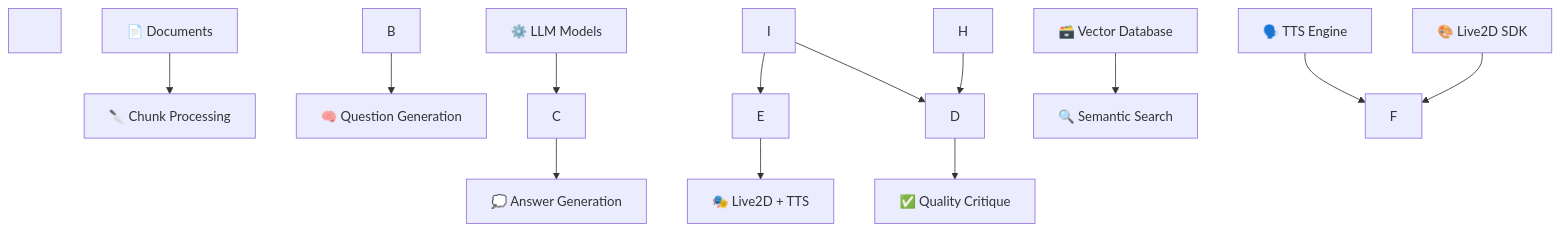
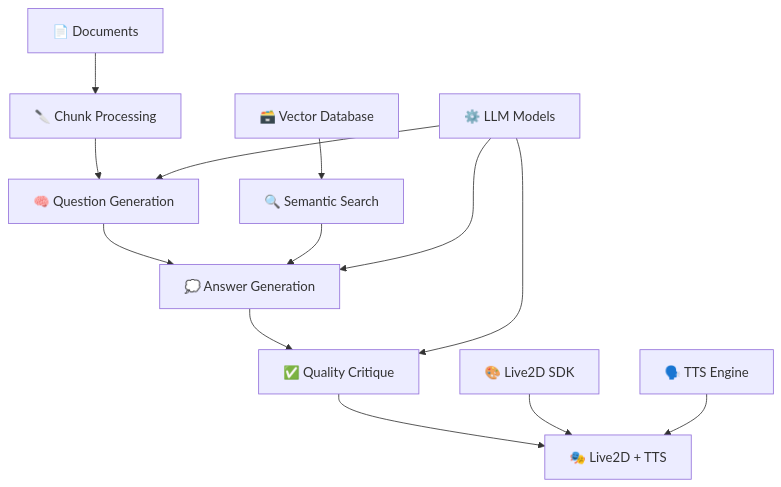
The diagram in README.md (AllenJWChen/ultilingual-rag-live2d-pipeline), drawn with Mermaid before and after one commit. The commit also changed other lines of this file, not shown here.

````diff
--- a/README.md
+++ b/README.md
@@ -116,35 +55,18 @@
 ```mermaid
-
 flowchart TD
-
-&nbsp;   A\[📄 Documents] --> B\[🔪 Chunk Processing]
-
-&nbsp;   B --> C\[🧠 Question Generation]
-
-&nbsp;   C --> D\[💭 Answer Generation]
-
-&nbsp;   D --> E\[✅ Quality Critique]
-
-&nbsp;   E --> F\[🎭 Live2D + TTS]
-
-&nbsp;   
-
-&nbsp;   G\[🗃️ Vector Database] --> H\[🔍 Semantic Search]
-
-&nbsp;   H --> D
-
-&nbsp;   
-
-&nbsp;   I\[⚙️ LLM Models] --> C
-
-&nbsp;   I --> D
-
-&nbsp;   I --> E
-
-&nbsp;   
-
-&nbsp;   J\[🎨 Live2D SDK] --> F
-
-&nbsp;   K\[🗣️ TTS Engine] --> F
-
+    A[📄 Documents] --> B[🔪 Chunk Processing]
+    B --> C[🧠 Question Generation]
+    C --> D[💭 Answer Generation]
+    D --> E[✅ Quality Critique]
+    E --> F[🎭 Live2D + TTS]
+    
+    G[🗃️ Vector Database] --> H[🔍 Semantic Search]
+    H --> D
+    
+    I[⚙️ LLM Models] --> C
+    I --> D
+    I --> E
+    
+    J[🎨 Live2D SDK] --> F
+    K[🗣️ TTS Engine] --> F
 ```
````
